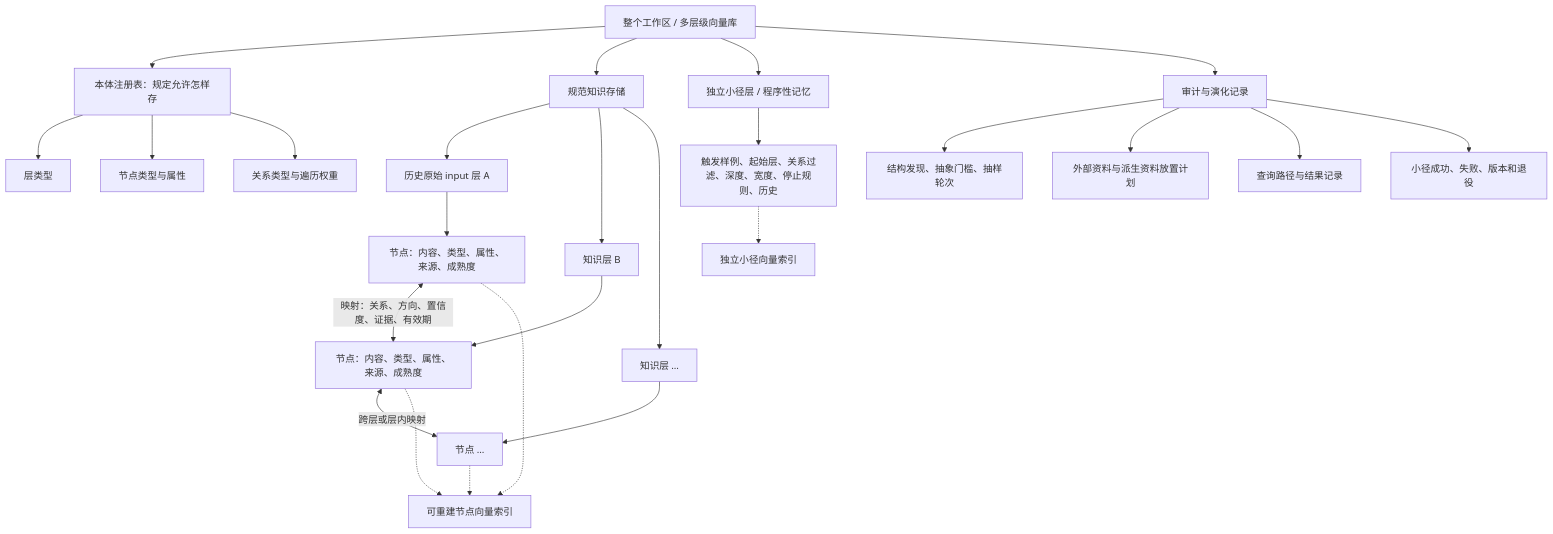
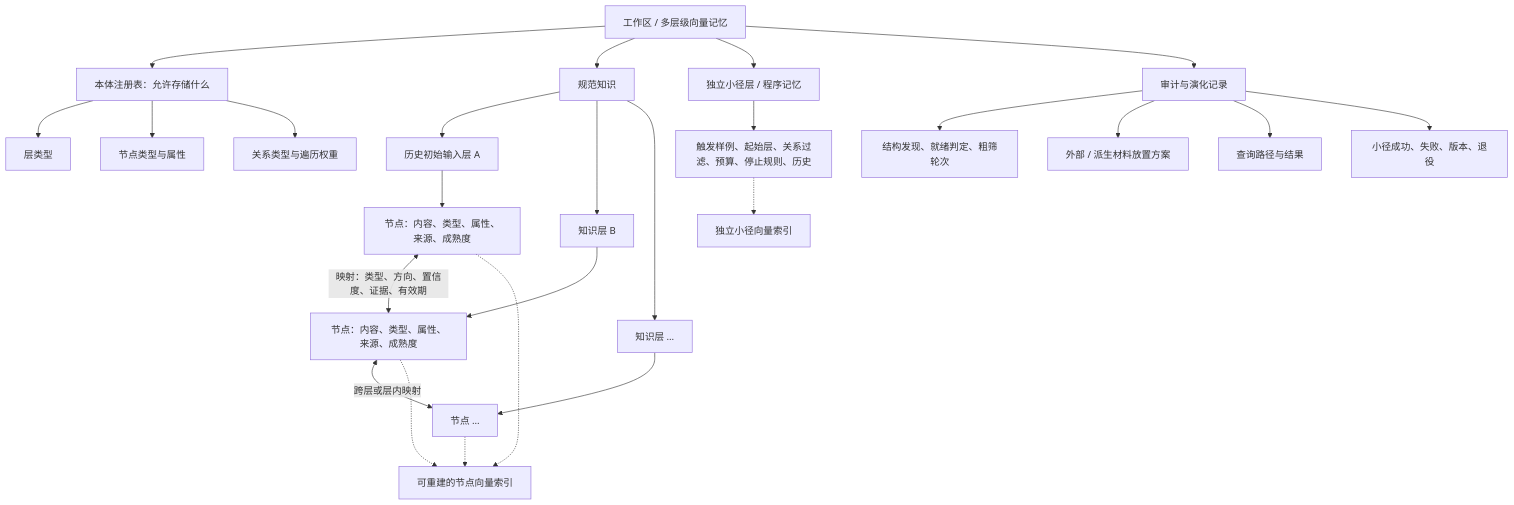
One commit to rsb0328/an-essay-concerning-llm-understanding changed the first of 3 diagrams in README.zh-CN.md. Above: the diagram before and after it, drawn with Mermaid. The commit also changed other lines of this file, not shown here.

````diff
--- a/README.zh-CN.md
+++ b/README.zh-CN.md
@@ -101,33 +172,32 @@
 ```mermaid
 flowchart TB
-    W["整个工作区 / 多层级向量库"]
-
-    W --> O["本体注册表：规定允许怎样存"]
+    W["工作区 / 多层级向量记忆"]
+    W --> O["本体注册表：允许存储什么"]
     O --> OT1["层类型"]
     O --> OT2["节点类型与属性"]
     O --> OT3["关系类型与遍历权重"]
 
-    W --> K["规范知识存储"]
-    K --> L1["历史原始 input 层 A"]
+    W --> K["规范知识"]
+    K --> L1["历史初始输入层 A"]
     K --> L2["知识层 B"]
     K --> LN["知识层 …"]
     L1 --> N1["节点：内容、类型、属性、来源、成熟度"]
     L2 --> N2["节点：内容、类型、属性、来源、成熟度"]
     LN --> NN["节点 …"]
-    N1 <-->|"映射：关系、方向、置信度、证据、有效期"| N2
+    N1 <-->|"映射：类型、方向、置信度、证据、有效期"| N2
     N2 <-->|"跨层或层内映射"| NN
 
-    W --> P["独立小径层 / 程序性记忆"]
-    P --> PR["触发样例、起始层、关系过滤、深度、宽度、停止规则、历史"]
+    W --> P["独立小径层 / 程序记忆"]
+    P --> PR["触发样例、起始层、关系过滤、预算、停止规则、历史"]
 
     W --> A["审计与演化记录"]
-    A --> A1["结构发现、抽象门槛、抽样轮次"]
-    A --> A4["外部资料与派生资料放置计划"]
-    A --> A2["查询路径与结果记录"]
-    A --> A3["小径成功、失败、版本和退役"]
+    A --> A1["结构发现、就绪判定、粗筛轮次"]
+    A --> A4["外部 / 派生材料放置方案"]
+    A --> A2["查询路径与结果"]
+    A --> A3["小径成功、失败、版本、退役"]
 
-    N1 -.-> VI["可重建节点向量索引"]
+    N1 -.-> VI["可重建的节点向量索引"]
     N2 -.-> VI
     NN -.-> VI
     PR -.-> SI["独立小径向量索引"]
 ```
````
